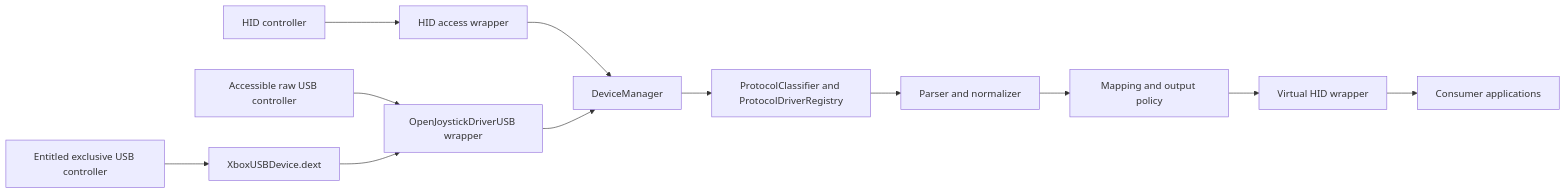
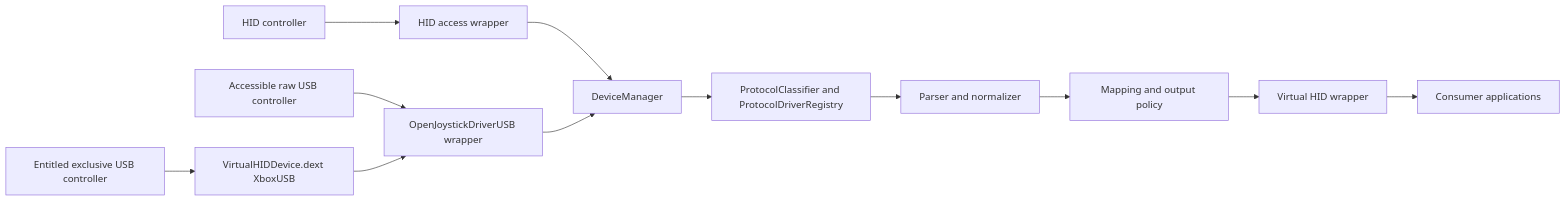
One commit to xsyetopz/OpenJoystickDriver changed the first of 5 diagrams in contributing/development/architecture.md. Above: the diagram before and after it, drawn with Mermaid. The commit also changed other lines of this file and 56 other files, not shown here.

First line of the commit message:
feat(driverkit): rename the XboxUSBDevice dext to VirtualHIDDevice and publish through the HID factory

````diff
--- a/contributing/development/architecture.md
+++ b/contributing/development/architecture.md
@@ -5,14 +5,14 @@
 ```mermaid
 flowchart LR
   A[HID controller] --> B[HID access wrapper]
   C[Accessible raw USB controller] --> E[OpenJoystickDriverUSB wrapper]
-  D[Entitled exclusive USB controller] --> K[XboxUSBDevice.dext]
+  D[Entitled exclusive USB controller] --> K[VirtualHIDDevice.dext XboxUSB]
   K --> E
   B --> F[DeviceManager]
   E --> F
   F --> C1[ProtocolClassifier and ProtocolDriverRegistry]
   C1 --> G[Parser and normalizer]
   G --> H[Mapping and output policy]
   H --> I[Virtual HID wrapper]
   I --> J[Consumer applications]
 ```
````
